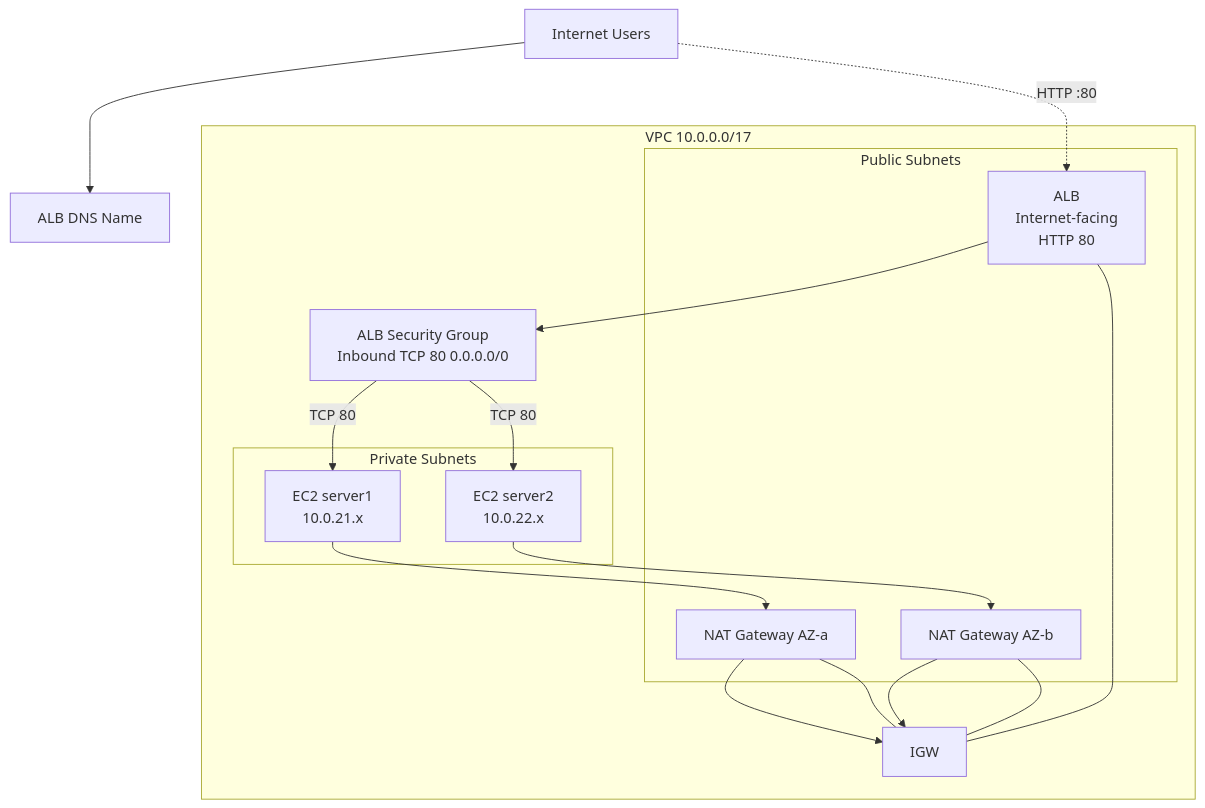
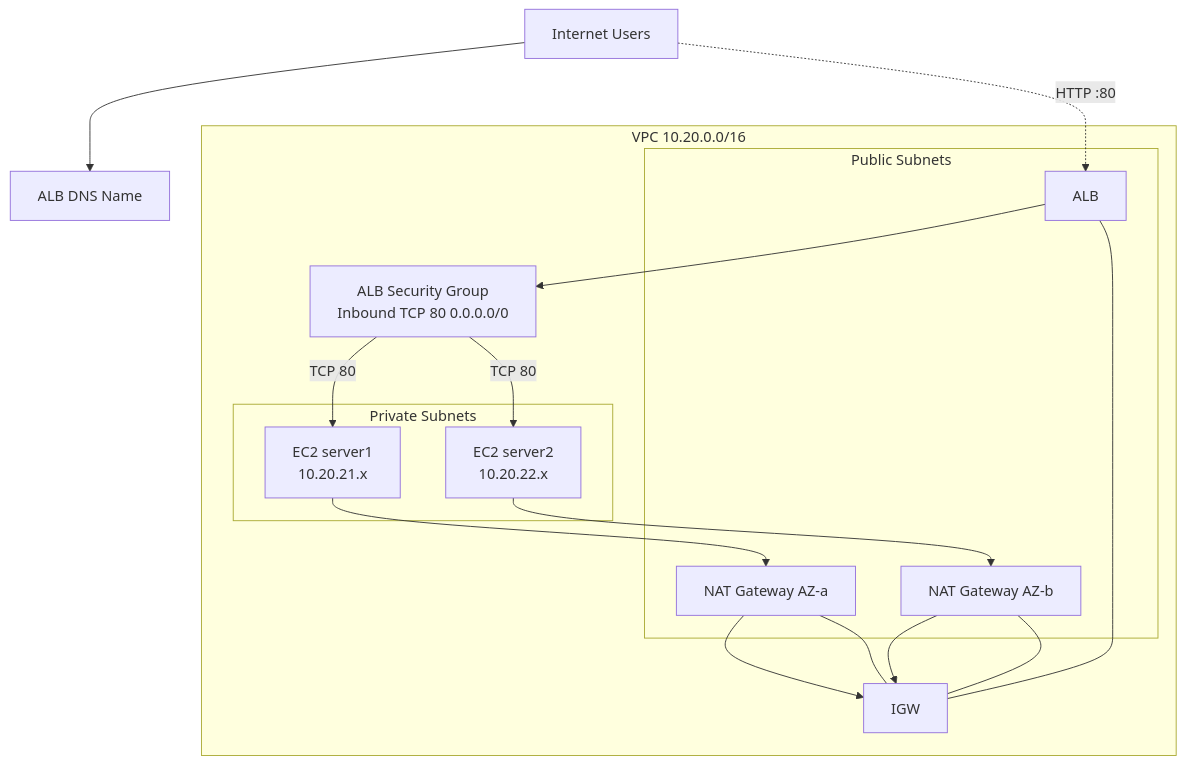
One commit to arjun0451/aws-tfm changed the diagram in terraform/README.md. Above: the diagram before and after it, drawn with Mermaid. The commit also changed other lines of this file and 15 other files, not shown here.

````diff
--- a/terraform/README.md
+++ b/terraform/README.md
@@ -62,35 +62,35 @@
 ```mermaid
 flowchart TD
     User[Internet Users]
     ALB_DNS[ALB DNS Name]
     User --> ALB_DNS
     User -. HTTP :80 .-> ALB{{Application<br/>Load Balancer<br/>ap-southeast-1}}
     ALB --> ALBSG[ALB Security Group<br/>Inbound TCP 80 0.0.0.0/0]
 
-    subgraph VPC[VPC 10.0.0.0/17]
+    subgraph VPC[VPC 10.20.0.0/16]
         subgraph PublicSubnets[Public Subnets]
             NATGW1[NAT Gateway AZ-a]
             NATGW2[NAT Gateway AZ-b]
             ALB[ALB<br/>Internet-facing<br/>HTTP 80]
         end
 
         subgraph PrivateSubnets[Private Subnets]
-            EC21[EC2 server1<br/>10.0.21.x]
-            EC22[EC2 server2<br/>10.0.22.x]
+            EC21["EC2 server1<br/>10.20.21.x"]
+            EC22["EC2 server2<br/>10.20.22.x"]
         end
 
         IGW[IGW]
 
         ALBSG --"TCP 80"--> EC21
         ALBSG --"TCP 80"--> EC22
 
         EC21 --> NATGW1
         EC22 --> NATGW2
         NATGW1 --> IGW
         NATGW2 --> IGW
     end
 
-    ALB --- IGW
+    ALB[ALB] --- IGW
     NATGW1 --- IGW
     NATGW2 --- IGW
 ```
````
